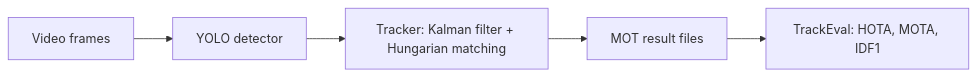
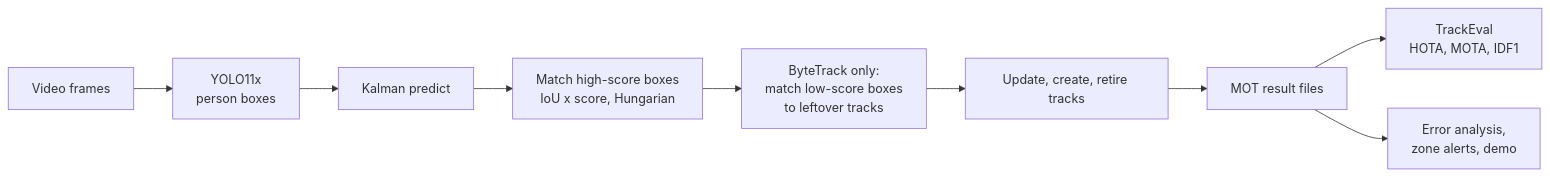
One commit to haroonkhan02/multi-object-tracking-bytetrack changed the diagram in README.md. Above: the diagram before and after it, drawn with Mermaid. The commit also changed other lines of this file, not shown here.

Commit message:
Write final README with results and error analysis

````diff
--- a/README.md
+++ b/README.md
@@ -21,7 +26,11 @@
 ```mermaid
 flowchart LR
-    V[Video frames] --> D[YOLO detector]
-    D --> T["Tracker: Kalman filter + Hungarian matching"]
-    T --> R[MOT result files]
-    R --> E[TrackEval: HOTA, MOTA, IDF1]
+    V[Video frames] --> D[YOLO11x<br/>person boxes]
+    D --> K[Kalman predict]
+    K --> A1[Match high-score boxes<br/>IoU x score, Hungarian]
+    A1 --> A2[ByteTrack only:<br/>match low-score boxes<br/>to leftover tracks]
+    A2 --> U[Update, create, retire tracks]
+    U --> R[MOT result files]
+    R --> E[TrackEval<br/>HOTA, MOTA, IDF1]
+    R --> Z[Error analysis,<br/>zone alerts, demo]
 ```
````
